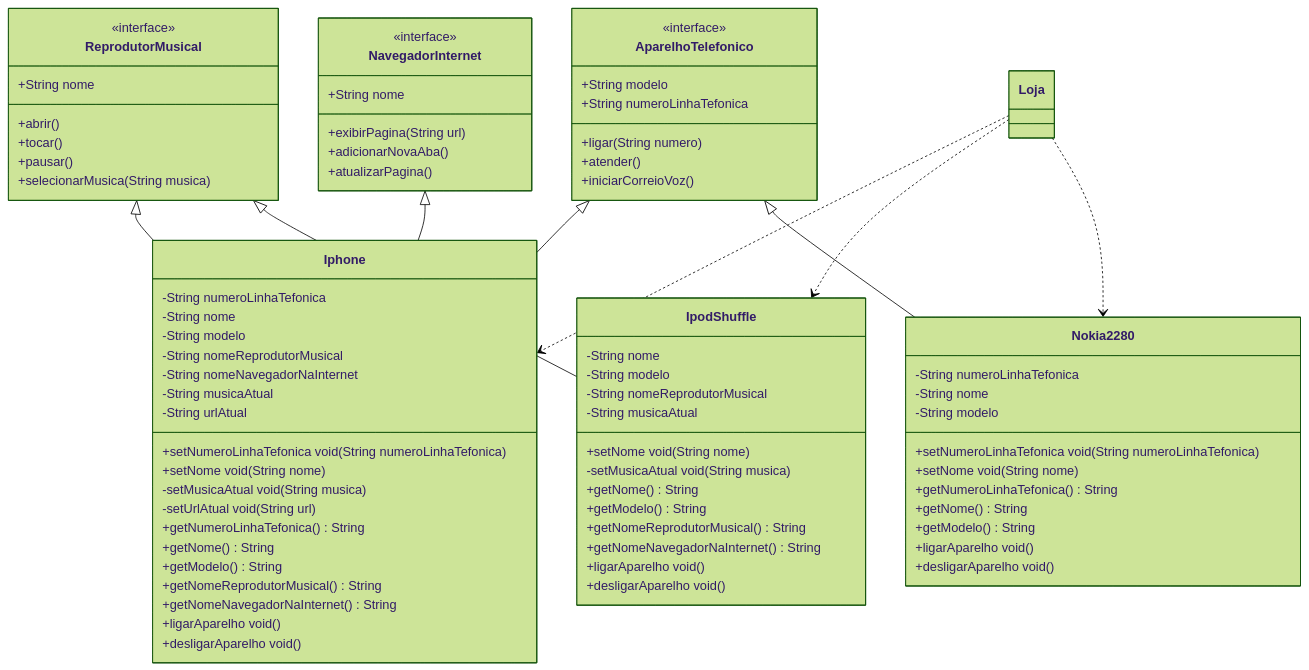
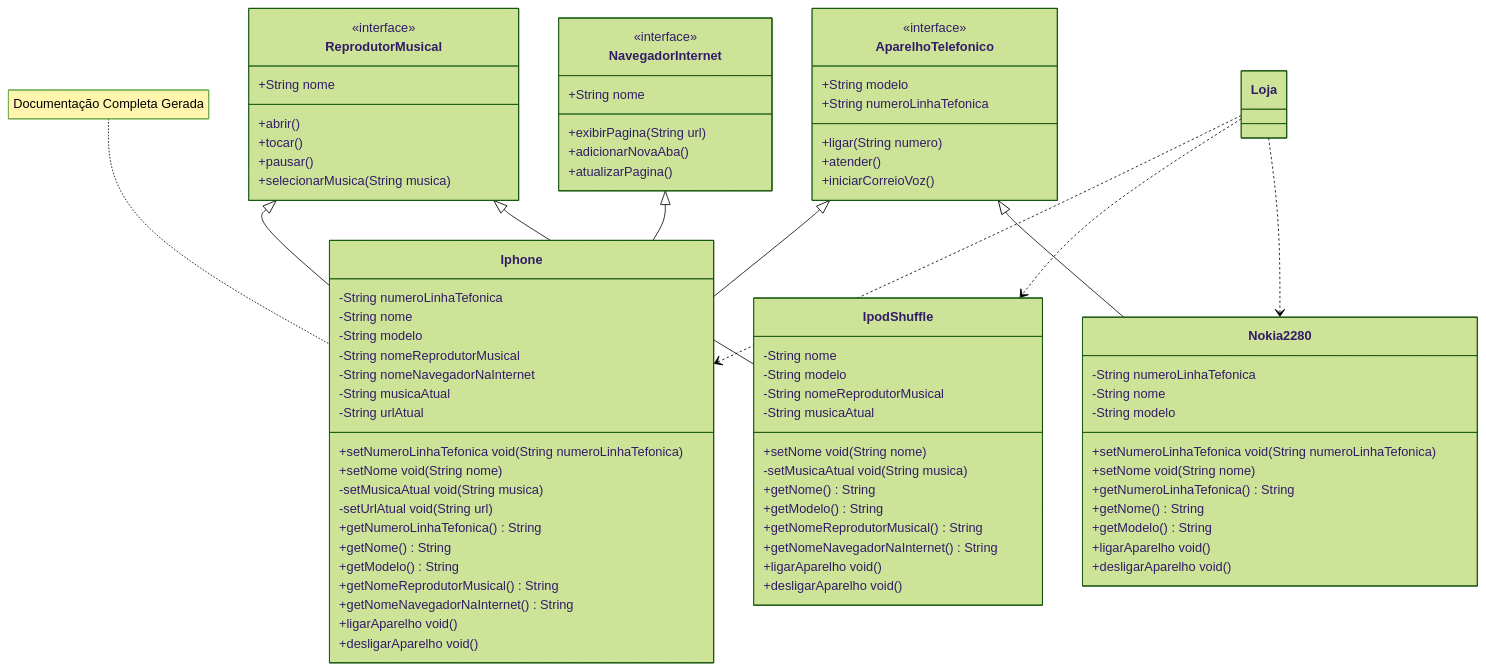
Before and after one commit to evertonsmoraes/uml-iphone: the first of 2 diagrams in README.md, drawn with Mermaid (forest theme).

Commit message:
add anotação UML

```diff
--- a/README.md
+++ b/README.md
@@ -63,6 +63,8 @@
 AparelhoTelefonico <|-- Iphone
 NavegadorInternet <|-- Iphone
 
+note for Iphone "Documentação Completa Gerada"
+
 class Nokia2280 {
   -String numeroLinhaTefonica
   -String nome
```
